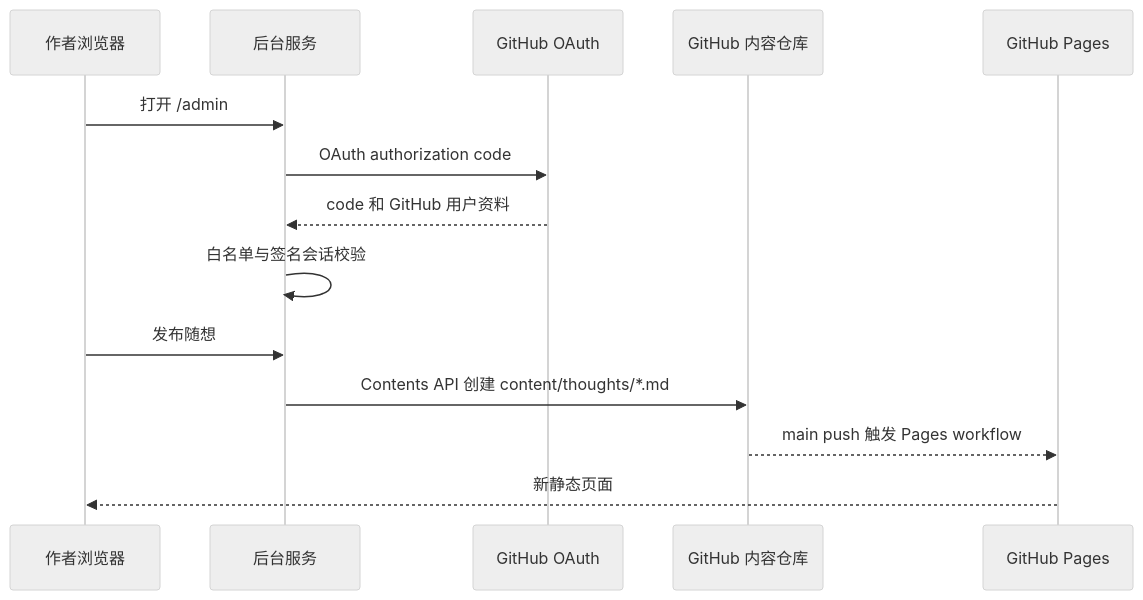
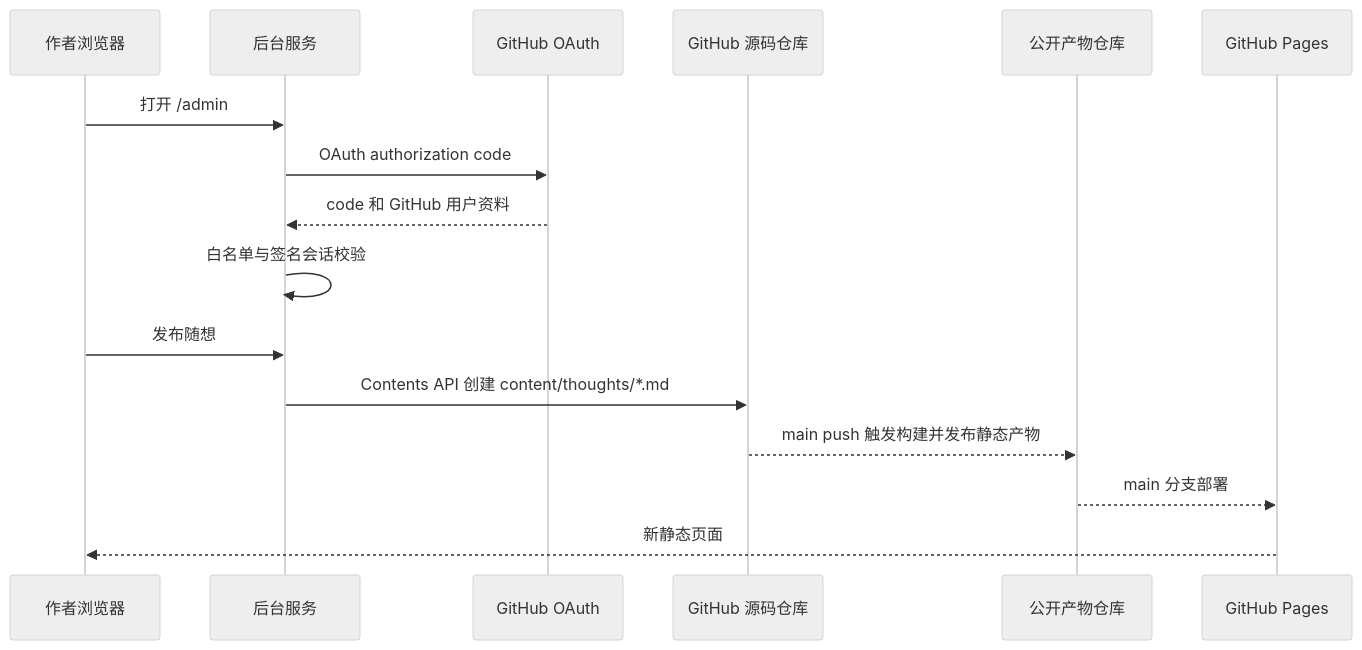
One commit to hedon954/garden changed the second of 2 diagrams in docs/system-implementation.md. Above: the diagram before and after it, drawn with Mermaid (neutral theme). The commit also changed other lines of this file and 18 other files, not shown here.

````diff
--- a/docs/system-implementation.md
+++ b/docs/system-implementation.md
@@ -95,16 +99,18 @@
 ```mermaid
 sequenceDiagram
   participant U as 作者浏览器
   participant A as 后台服务
   participant O as GitHub OAuth
-  participant R as GitHub 内容仓库
+  participant R as GitHub 源码仓库
+  participant O2 as 公开产物仓库
   participant P as GitHub Pages
   U->>A: 打开 /admin
   A->>O: OAuth authorization code
   O-->>A: code 和 GitHub 用户资料
   A->>A: 白名单与签名会话校验
   U->>A: 发布随想
   A->>R: Contents API 创建 content/thoughts/*.md
-  R-->>P: main push 触发 Pages workflow
+  R-->>O2: main push 触发构建并发布静态产物
+  O2-->>P: main 分支部署
   P-->>U: 新静态页面
 ```
````
